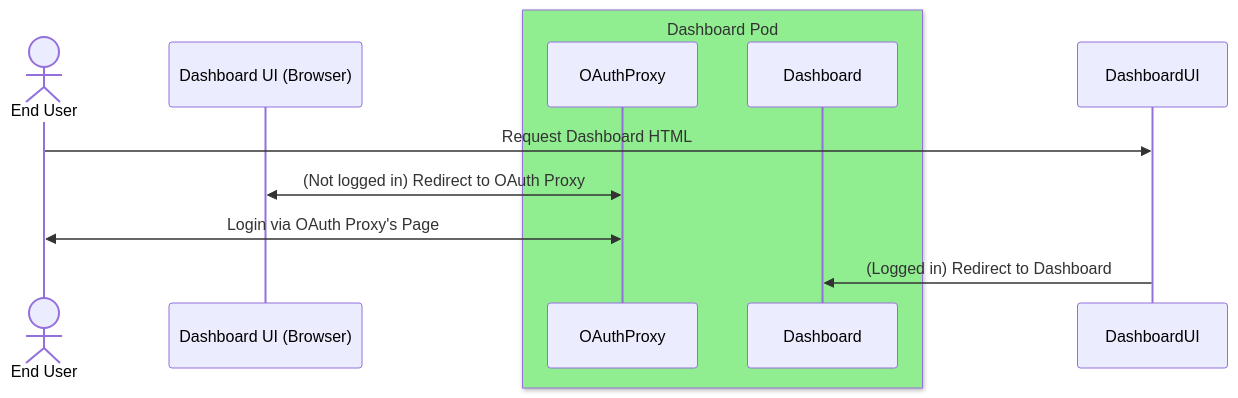
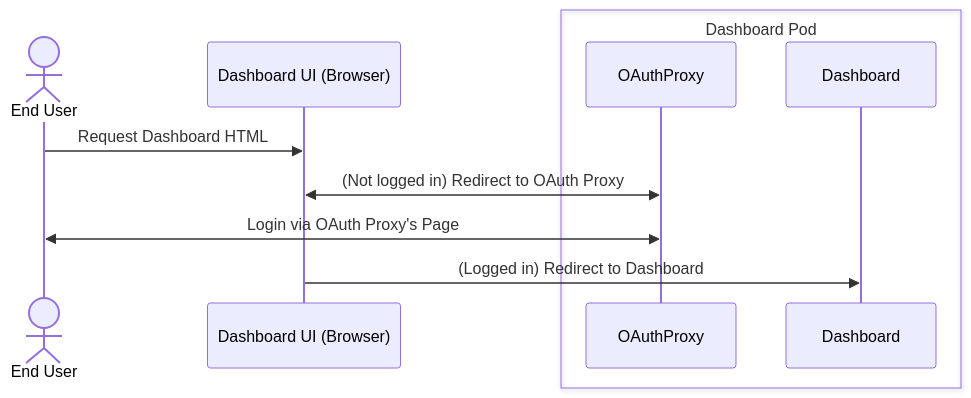
Before and after one commit to andrewballantyne/architecture-decision-records: the diagram in documentation/components/dashboard/README.md, drawn with Mermaid.

````diff
--- a/documentation/components/dashboard/README.md
+++ b/documentation/components/dashboard/README.md
@@ -23,14 +23,14 @@
 ```mermaid
 sequenceDiagram
     actor EndUser as End User
     participant Browser as Dashboard UI (Browser)
-    box LightGreen Dashboard Pod
+    box Dashboard Pod
     participant OAuthProxy
     participant Dashboard
     end
 
-    EndUser->>DashboardUI: Request Dashboard HTML
+    EndUser->>Browser: Request Dashboard HTML
     Browser<<->>OAuthProxy: (Not logged in) Redirect to OAuth Proxy
     EndUser<<->>OAuthProxy: Login via OAuth Proxy's Page
-    DashboardUI->>Dashboard: (Logged in) Redirect to Dashboard
+    Browser->>Dashboard: (Logged in) Redirect to Dashboard
 ```
````
